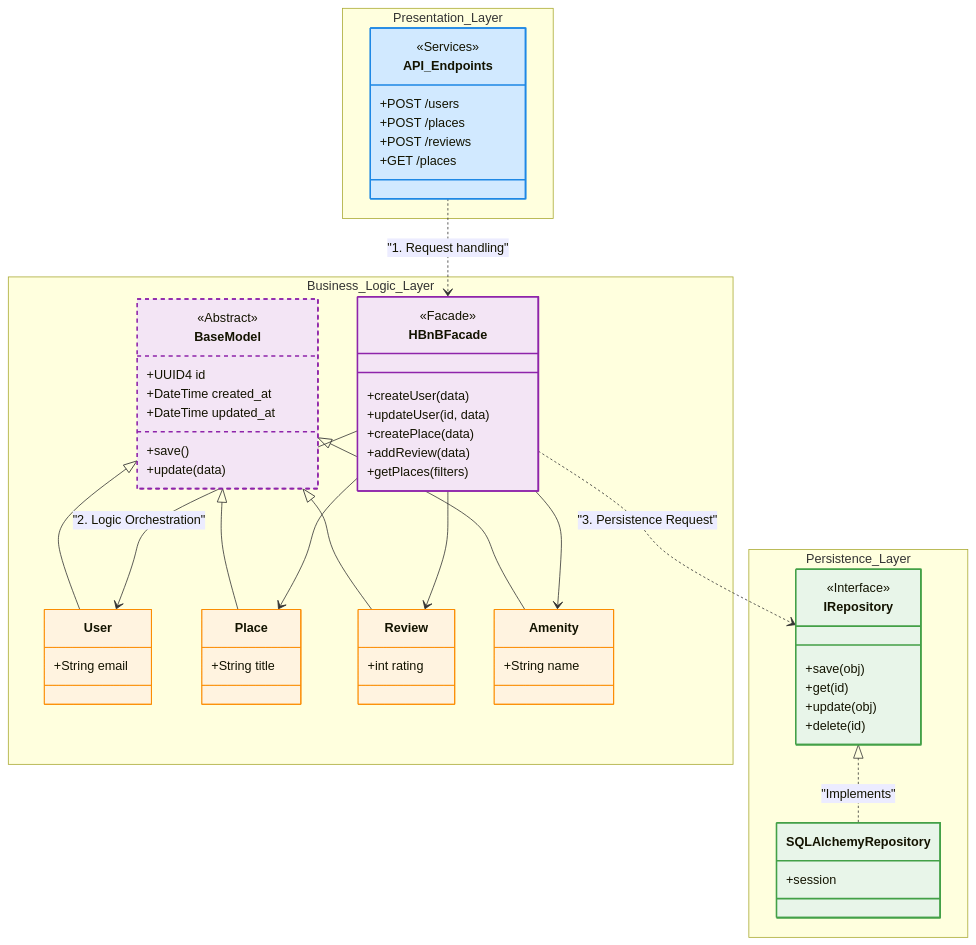
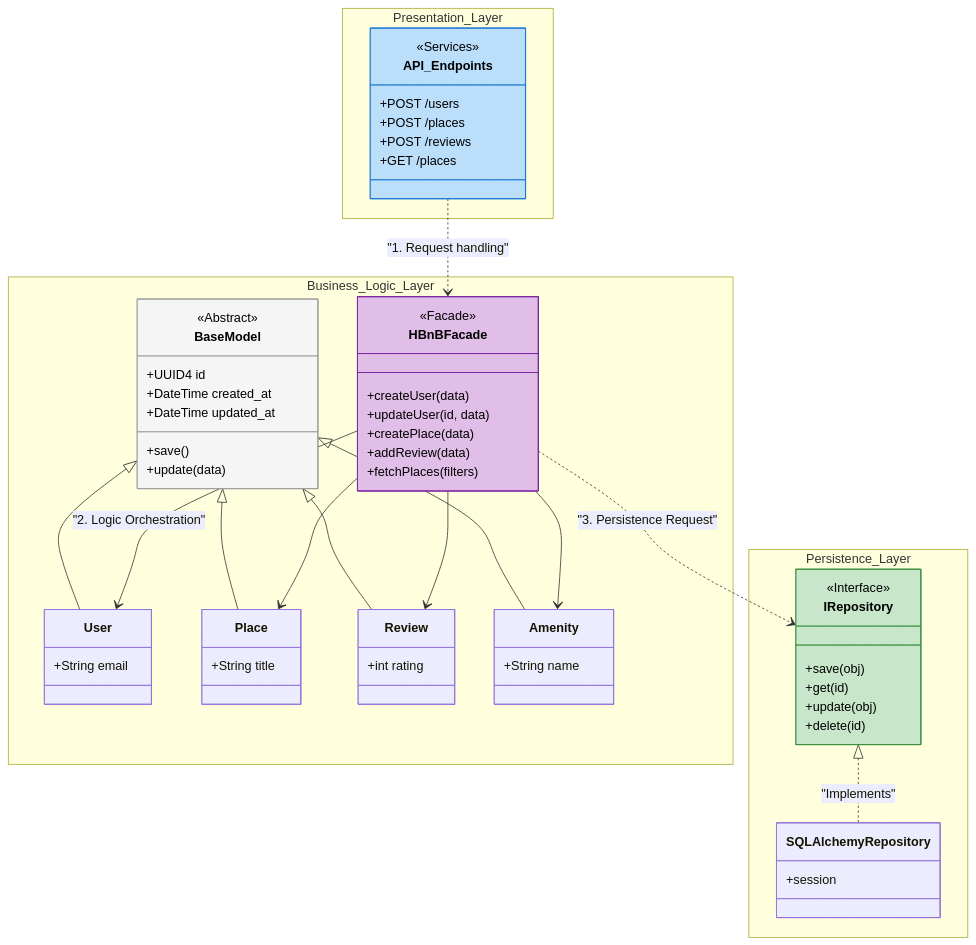
Before and after one commit to juliangf94/holbertonschool-hbnb: the first of 6 diagrams in part1/DOCUMENTATION_en.md, drawn with Mermaid. The commit also changed other lines of this file and 1 other file, not shown here.

Commit message:
feat: finalized documentation with improved diagram visibility

````diff
--- a/part1/DOCUMENTATION_en.md
+++ b/part1/DOCUMENTATION_en.md
@@ -4,82 +6,75 @@
 ```mermaid
 classDiagram
     direction TB
 
     namespace Presentation_Layer {
         class API_Endpoints {
             <<Services>>
             +POST /users
             +POST /places
             +POST /reviews
             +GET /places
         }
     }
 
     namespace Business_Logic_Layer {
         class HBnBFacade {
             <<Facade>>
             +createUser(data)
             +updateUser(id, data)
             +createPlace(data)
             +addReview(data)
-            +getPlaces(filters)
+            +fetchPlaces(filters)
         }
         class BaseModel {
             <<Abstract>>
             +UUID4 id
             +DateTime created_at
             +DateTime updated_at
             +save()
             +update(data)
         }
         class User { +String email }
         class Place { +String title }
         class Review { +int rating }
         class Amenity { +String name }
     }
 
     namespace Persistence_Layer {
         class IRepository {
         <<Interface>>
             +save(obj)
             +get(id)
             +update(obj)
             +delete(id)
         }
         class SQLAlchemyRepository {
             +session
         }
     }
 
     %%  Communication Flow
     API_Endpoints ..> HBnBFacade : "1. Request handling"
     HBnBFacade --> User : "2. Logic Orchestration"
     HBnBFacade ..> IRepository : "3. Persistence Request"
     
     %% Internal Business Logic Relationships
     HBnBFacade --> Place
     HBnBFacade --> Review
     HBnBFacade --> Amenity
 
     %% Inheritance
     BaseModel <|-- User
     BaseModel <|-- Place
     BaseModel <|-- Review
     BaseModel <|-- Amenity
 
     %% Implementation
     IRepository <|.. SQLAlchemyRepository : "Implements"
 
     %% Style / Colors
-    style API_Endpoints fill:#d1e9ff,stroke:#1e88e5,stroke-width:2px
-
-    style HBnBFacade fill:#f3e5f5,stroke:#8e24aa,stroke-width:2px
-    style BaseModel fill:#f3e5f5,stroke:#8e24aa,stroke-width:2px,stroke-dasharray: 5 5
-    style User fill:#fff3e0,stroke:#fb8c00,stroke-width:1px
-    style Place fill:#fff3e0,stroke:#fb8c00,stroke-width:1px
-    style Review fill:#fff3e0,stroke:#fb8c00,stroke-width:1px
-    style Amenity fill:#fff3e0,stroke:#fb8c00,stroke-width:1px
-
-    style IRepository fill:#e8f5e9,stroke:#43a047,stroke-width:2px
-    style SQLAlchemyRepository fill:#e8f5e9,stroke:#43a047,stroke-width:2px    
+    style API_Endpoints fill:#bbdefb,stroke:#1976d2,color:#000
+    style HBnBFacade fill:#e1bee7,stroke:#7b1fa2,color:#000
+    style BaseModel fill:#f5f5f5,stroke:#9e9e9e,color:#000
+    style IRepository fill:#c8e6c9,stroke:#388e3c,color:#000 
 ```
````
